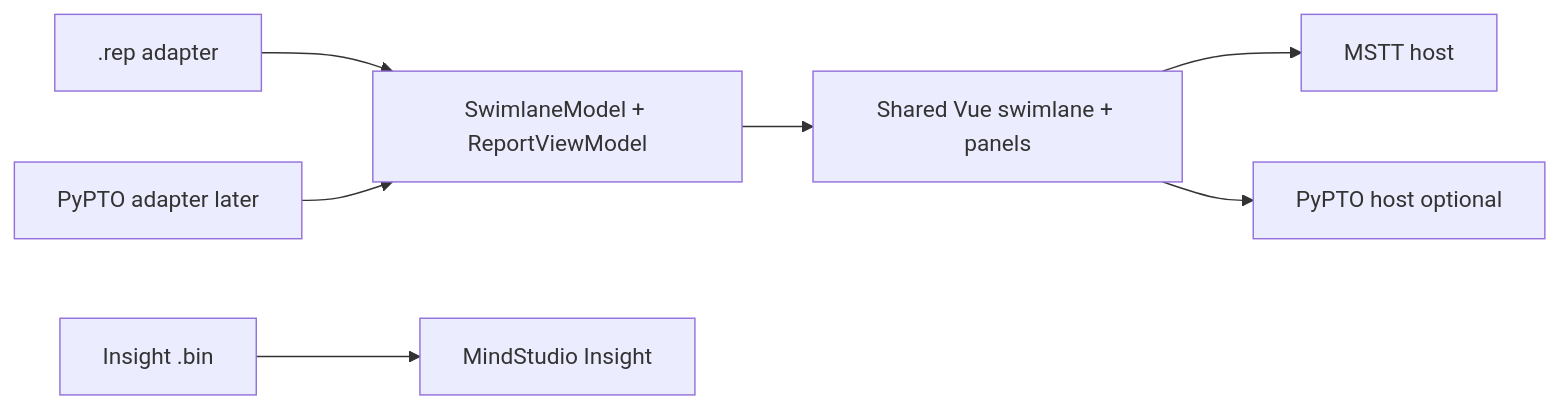
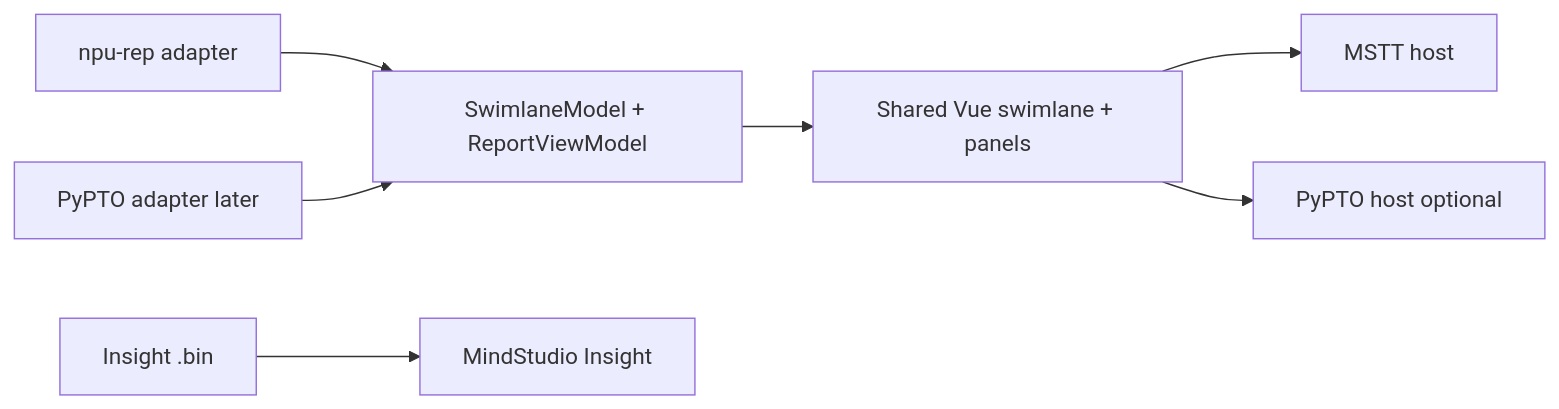
The first of 2 diagrams in docs/architecture/ARCHITECTURE.md (IdeFrontend/profiling-report), drawn with Mermaid before and after one commit. The commit also changed other lines of this file and 24 other files, not shown here.

First line of the commit message:
docs: resolve PROC-2 — official extension is .npu-rep (#88)

````diff
--- a/docs/architecture/ARCHITECTURE.md
+++ b/docs/architecture/ARCHITECTURE.md
@@ -21,9 +21,9 @@
 ```mermaid
 flowchart LR
-  Rep[".rep adapter"] --> Models["SwimlaneModel + ReportViewModel"]
+  Rep["npu-rep adapter"] --> Models["SwimlaneModel + ReportViewModel"]
   Pypto["PyPTO adapter later"] --> Models
   Models --> SharedUI["Shared Vue swimlane + panels"]
   SharedUI --> MsttHost["MSTT host"]
   SharedUI --> PyptoHost["PyPTO host optional"]
   Bin["Insight .bin"] --> Insight["MindStudio Insight"]
 ```
````
